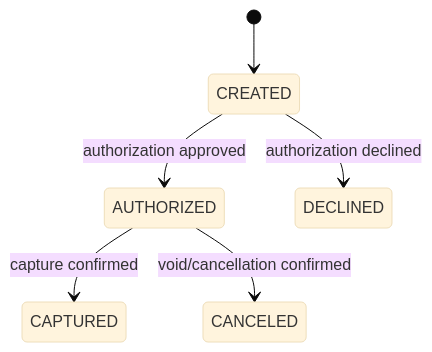
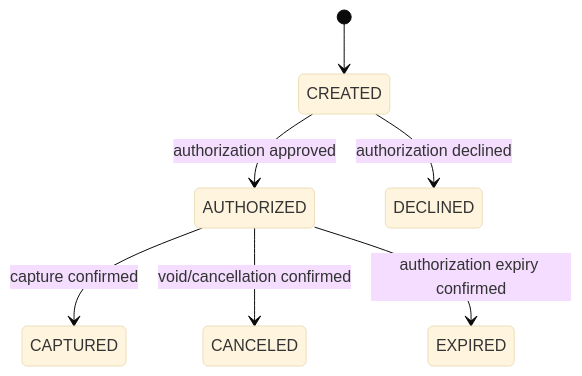
The first of 2 diagrams in docs/domain/payment-state-machines.md (Tartaminos/payment-flow), drawn with Mermaid (base theme) before and after one commit. The commit also changed other lines of this file, not shown here.

Commit message:
docs(domain): add expired payment state and confirmed invariants

````diff
--- a/docs/domain/payment-state-machines.md
+++ b/docs/domain/payment-state-machines.md
@@ -43,8 +45,9 @@
 ```mermaid
 stateDiagram-v2
     [*] --> CREATED
     CREATED --> AUTHORIZED: authorization approved
     CREATED --> DECLINED: authorization declined
     AUTHORIZED --> CAPTURED: capture confirmed
     AUTHORIZED --> CANCELED: void/cancellation confirmed
+    AUTHORIZED --> EXPIRED: authorization expiry confirmed
 ```
````
